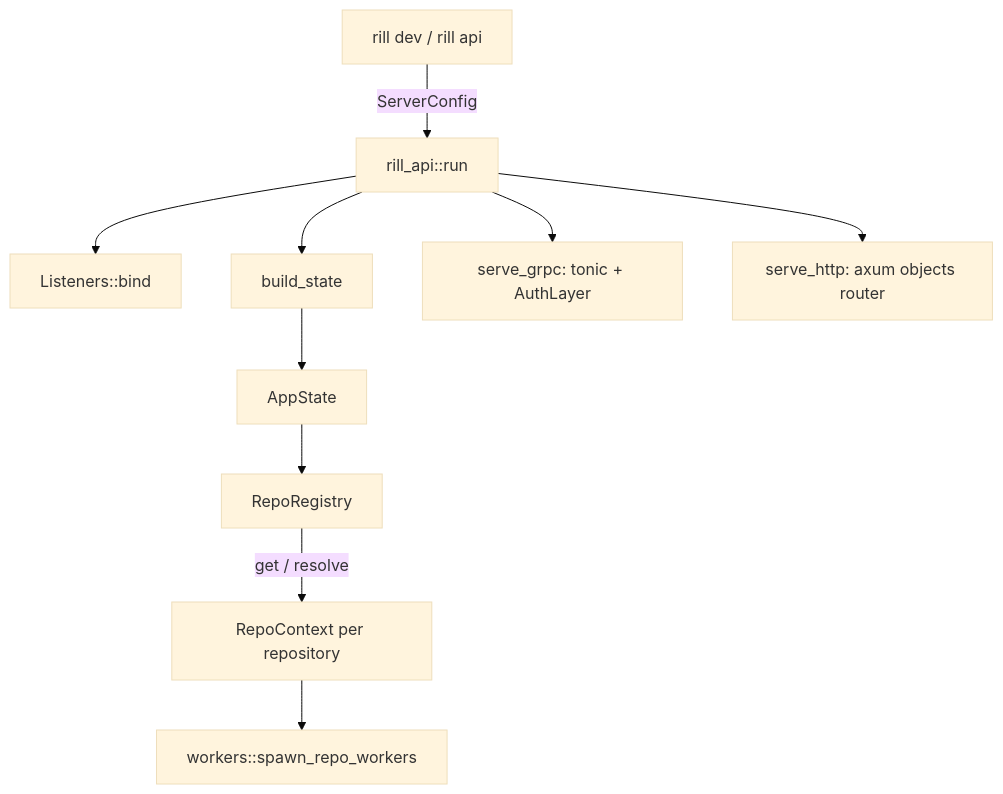
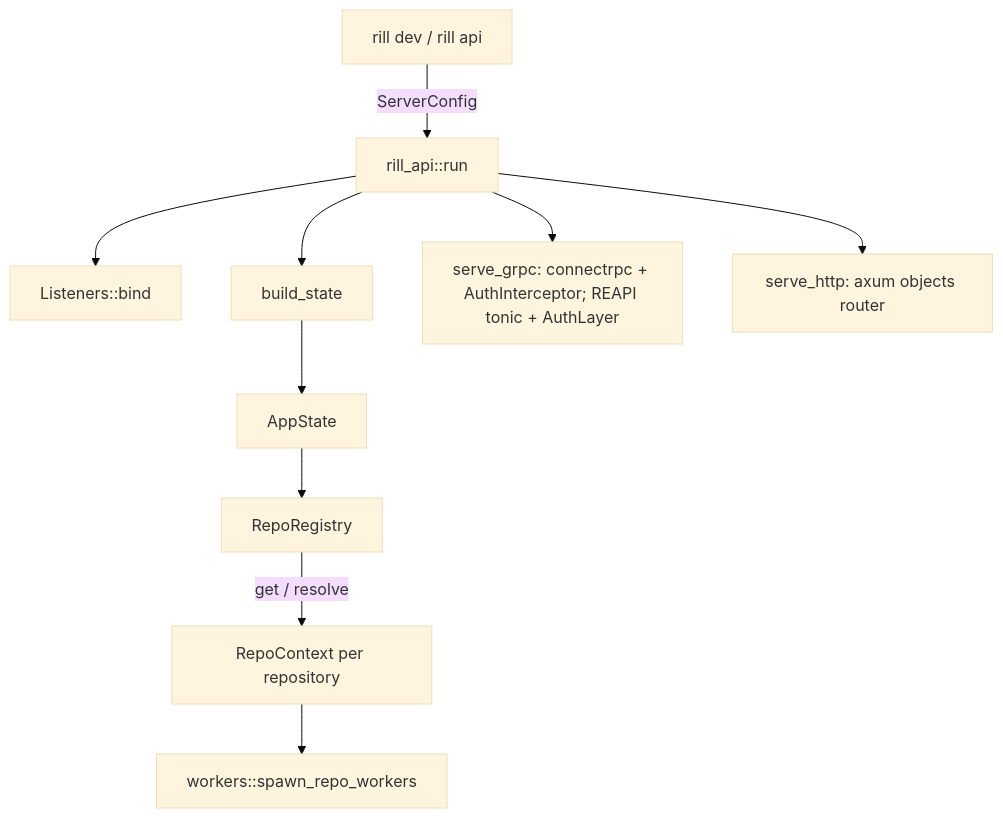
The first of 2 diagrams in architecture/07-runtime/server.md (envoy1084/rill), drawn with Mermaid (base theme) before and after one commit. The commit also changed other lines of this file and 214 other files, not shown here.

First line of the commit message:
api: serve rill.v1 over connectrpc, with buffa messages

````diff
--- a/architecture/07-runtime/server.md
+++ b/architecture/07-runtime/server.md
@@ -10,12 +11,12 @@
 ```mermaid
 flowchart TD
     Bin[rill dev / rill api] -->|ServerConfig| Run[rill_api::run]
     Run --> L[Listeners::bind]
     Run --> BS[build_state]
     BS --> AS[AppState]
     AS --> RR[RepoRegistry]
     RR -->|get / resolve| RC[RepoContext per repository]
     RC --> W[workers::spawn_repo_workers]
-    Run --> G[serve_grpc: tonic + AuthLayer]
+    Run --> G[serve_grpc: connectrpc + AuthInterceptor; REAPI tonic + AuthLayer]
     Run --> H[serve_http: axum objects router]
 ```
````
